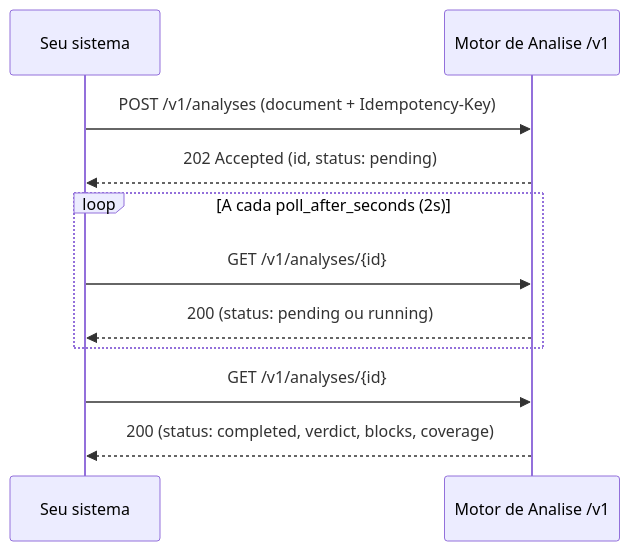
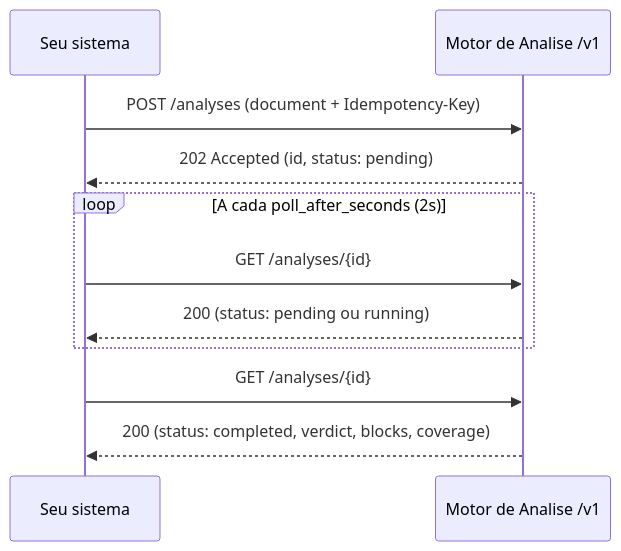
One commit to Sherlocker-LTDA/docs changed the diagram in motor-analise/introducao.mdx. Above: the diagram before and after it, drawn with Mermaid. The commit also changed other lines of this file and 28 other files, not shown here.

````diff
--- a/motor-analise/introducao.mdx
+++ b/motor-analise/introducao.mdx
@@ -27,13 +27,13 @@
 ```mermaid
 sequenceDiagram
     participant C as Seu sistema
     participant S as Motor de Analise /v1
-    C->>S: POST /v1/analyses (document + Idempotency-Key)
+    C->>S: POST /analyses (document + Idempotency-Key)
     S-->>C: 202 Accepted (id, status: pending)
     loop A cada poll_after_seconds (2s)
-        C->>S: GET /v1/analyses/{id}
+        C->>S: GET /analyses/{id}
         S-->>C: 200 (status: pending ou running)
     end
-    C->>S: GET /v1/analyses/{id}
+    C->>S: GET /analyses/{id}
     S-->>C: 200 (status: completed, verdict, blocks, coverage)
 ```
````
